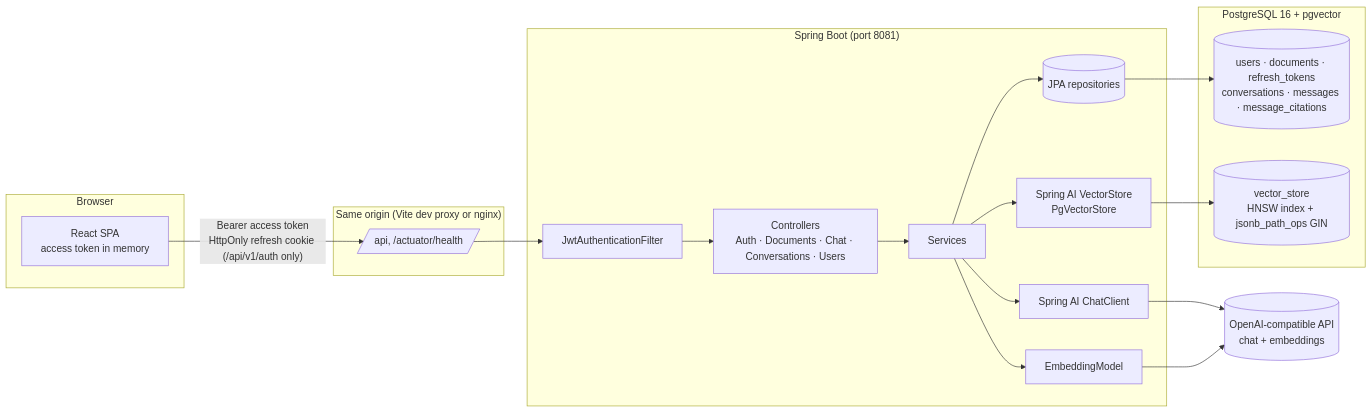
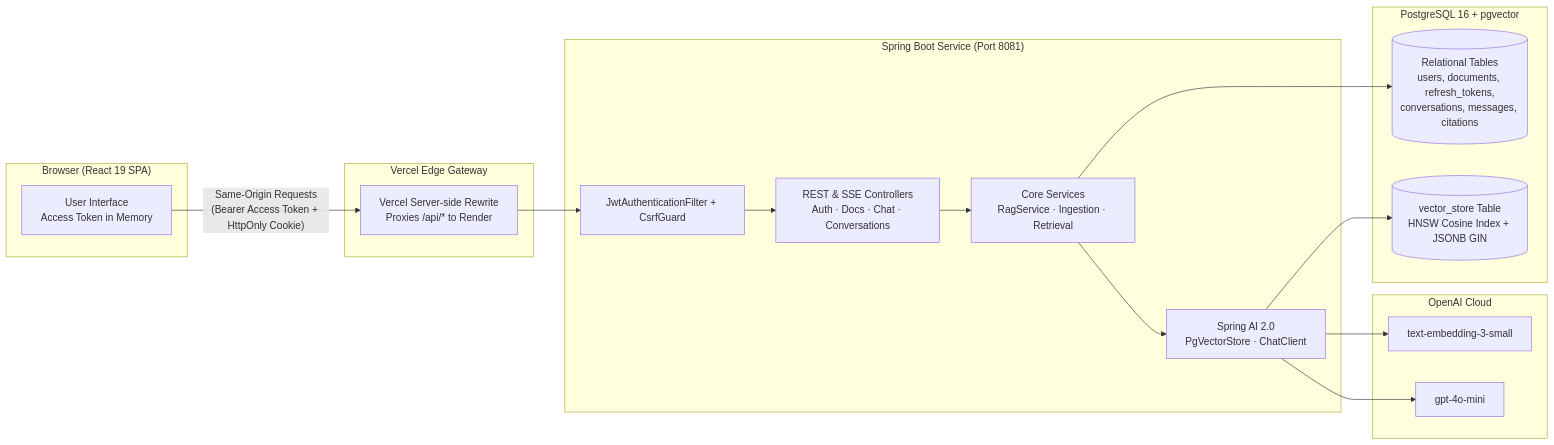
One commit to sahamon-141/docmind changed the first of 5 diagrams in README.md. Above: the diagram before and after it, drawn with Mermaid. The commit also changed other lines of this file and 4 other files, not shown here.

````diff
--- a/README.md
+++ b/README.md
@@ -82,32 +142,36 @@
 ```mermaid
 flowchart LR
-    subgraph Browser
-        UI[React SPA<br/>access token in memory]
+    subgraph Client["Browser (React 19 SPA)"]
+        UI[User Interface<br/>Access Token in Memory]
     end
 
-    subgraph Edge["Same origin (Vite dev proxy or nginx)"]
-        P[/api, /actuator/health/]
+    subgraph Edge["Vercel Edge Gateway"]
+        VProxy["Vercel Server-side Rewrite<br/>Proxies /api/* to Render"]
     end
 
-    subgraph Backend["Spring Boot (port 8081)"]
-        F[JwtAuthenticationFilter] --> C[Controllers<br/>Auth · Documents · Chat · Conversations · Users]
-        C --> S[Services]
-        S --> R[(JPA repositories)]
-        S --> VS[Spring AI VectorStore<br/>PgVectorStore]
-        S --> CC[Spring AI ChatClient]
-        S --> EM[EmbeddingModel]
+    subgraph Backend["Spring Boot Service (Port 8081)"]
+        Filter[JwtAuthenticationFilter + CsrfGuard]
+        Controllers[REST & SSE Controllers<br/>Auth · Docs · Chat · Conversations]
+        Services[Core Services<br/>RagService · Ingestion · Retrieval]
+        SpringAI[Spring AI 2.0<br/>PgVectorStore · ChatClient]
     end
 
-    subgraph DB["PostgreSQL 16 + pgvector"]
-        T[(users · documents · refresh_tokens<br/>conversations · messages · message_citations)]
-        V[(vector_store<br/>HNSW index + jsonb_path_ops GIN)]
+    subgraph Storage["PostgreSQL 16 + pgvector"]
+        Relational[(Relational Tables<br/>users, documents, refresh_tokens,<br/>conversations, messages, citations)]
+        VectorDB[(vector_store Table<br/>HNSW Cosine Index + JSONB GIN)]
     end
 
-    OAI[(OpenAI-compatible API<br/>chat + embeddings)]
+    subgraph LLM["OpenAI Cloud"]
+        Embed[text-embedding-3-small]
+        Chat[gpt-4o-mini]
+    end
 
-    UI -- "Bearer access token\nHttpOnly refresh cookie (/api/v1/auth only)" --> P --> F
-    R --> T
-    VS --> V
-    CC --> OAI
-    EM --> OAI
+    UI -- "Same-Origin Requests<br/>(Bearer Access Token + HttpOnly Cookie)" --> VProxy
+    VProxy --> Filter
+    Filter --> Controllers --> Services
+    Services --> Relational
+    Services --> SpringAI
+    SpringAI --> VectorDB
+    SpringAI --> Embed
+    SpringAI --> Chat
 ```
````
